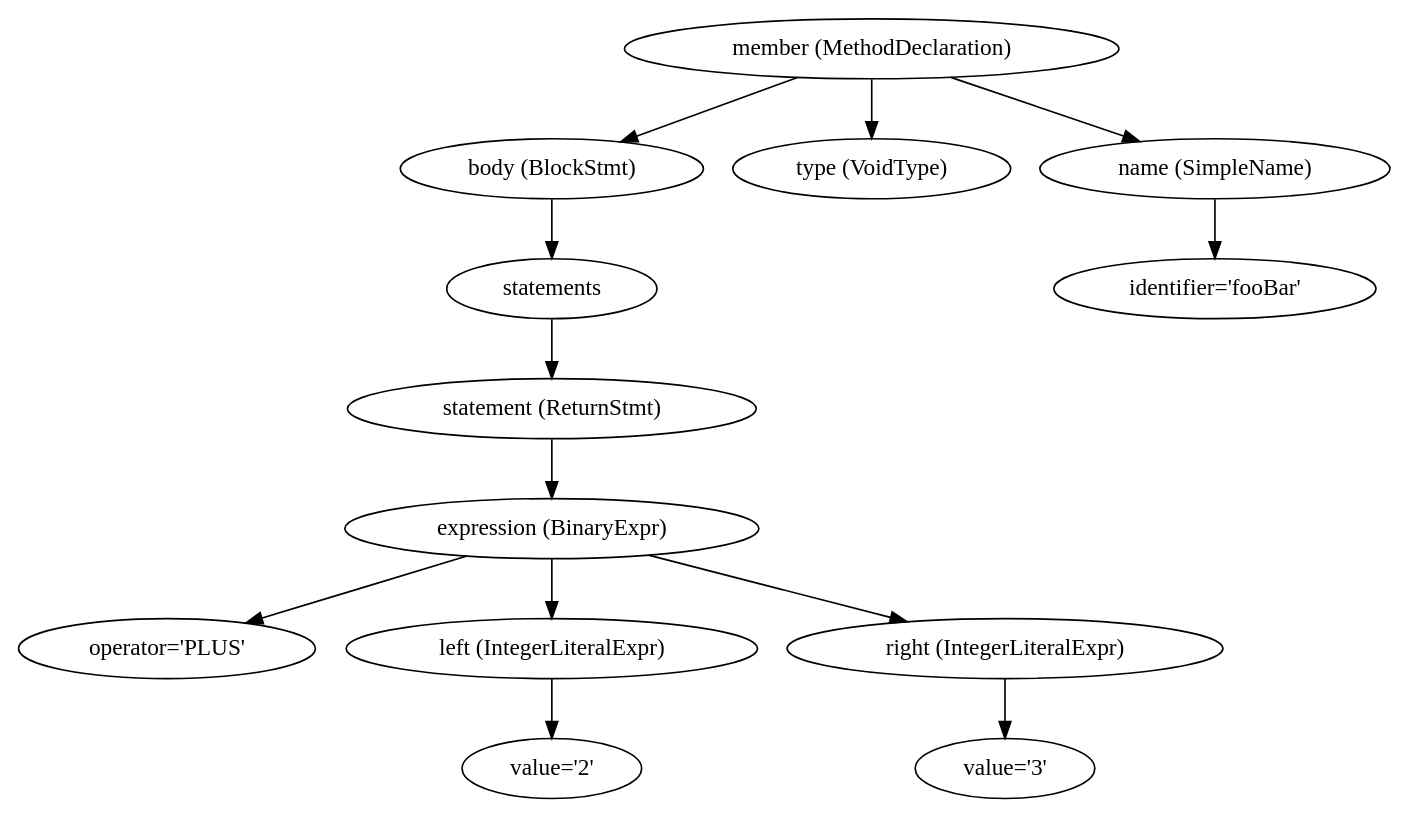
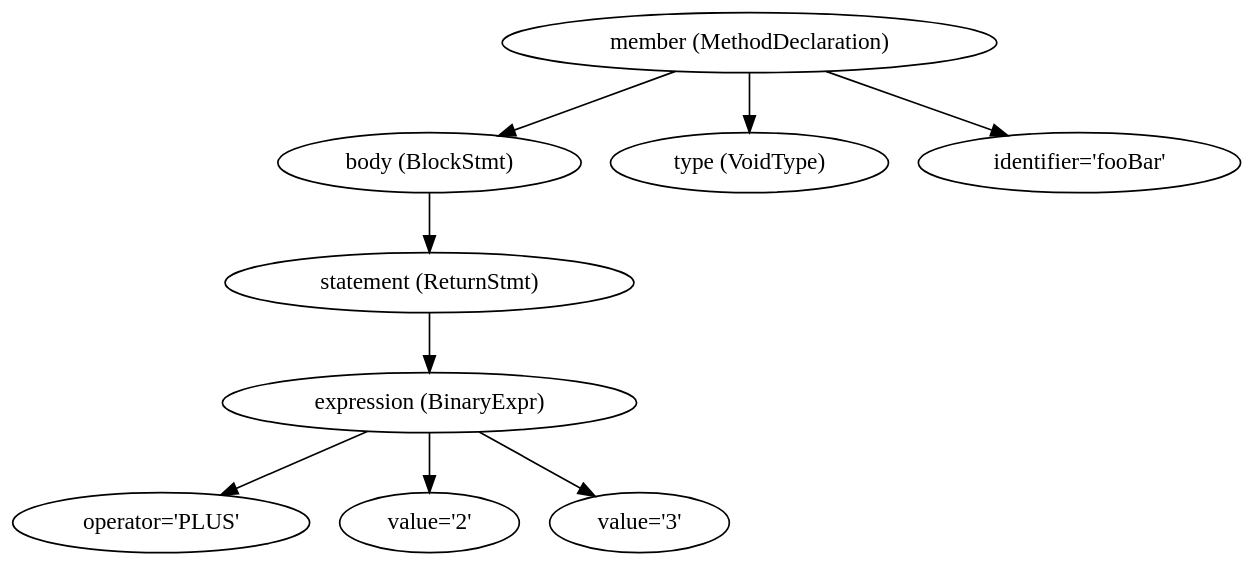
The diagram in JavaExtractor/JPredict/ast_no_com.dot (bacevicius/code2seq_codecaptioning), drawn with Graphviz before and after one commit. The commit also changed 18 other files, not shown here.

```diff
--- a/JavaExtractor/JPredict/ast_no_com.dot
+++ b/JavaExtractor/JPredict/ast_no_com.dot
@@ -1,27 +1,19 @@
-digraph {
+digraph {bgcolor="transparent"
 n7 [label="member (MethodDeclaration)"];
 n8 [label="body (BlockStmt)"];
 n7 -> n8;
-n9 [label="statements"];
-n8 -> n9;
+n8 -> n10;
 n10 [label="statement (ReturnStmt)"];
-n9 -> n10;
 n11 [label="expression (BinaryExpr)"];
 n10 -> n11;
 n12 [label="operator='PLUS'"];
 n11 -> n12;
-n13 [label="left (IntegerLiteralExpr)"];
-n11 -> n13;
+n11 -> n14;
 n14 [label="value='2'"];
-n13 -> n14;
-n15 [label="right (IntegerLiteralExpr)"];
-n11 -> n15;
+n11 -> n16;
 n16 [label="value='3'"];
-n15 -> n16;
 n17 [label="type (VoidType)"];
 n7 -> n17;
-n18 [label="name (SimpleName)"];
-n7 -> n18;
 n19 [label="identifier='fooBar'"];
-n18 -> n19;
+n7 -> n19;
 }
```
